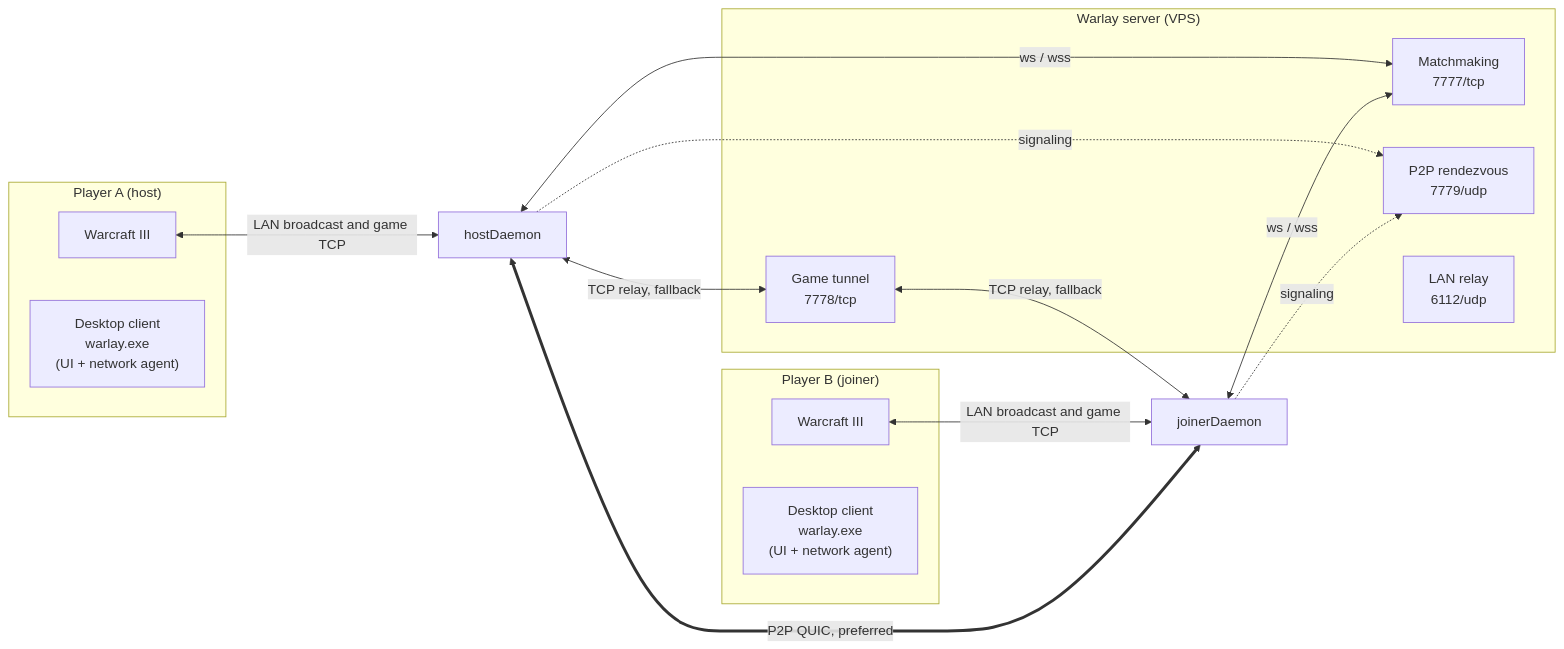
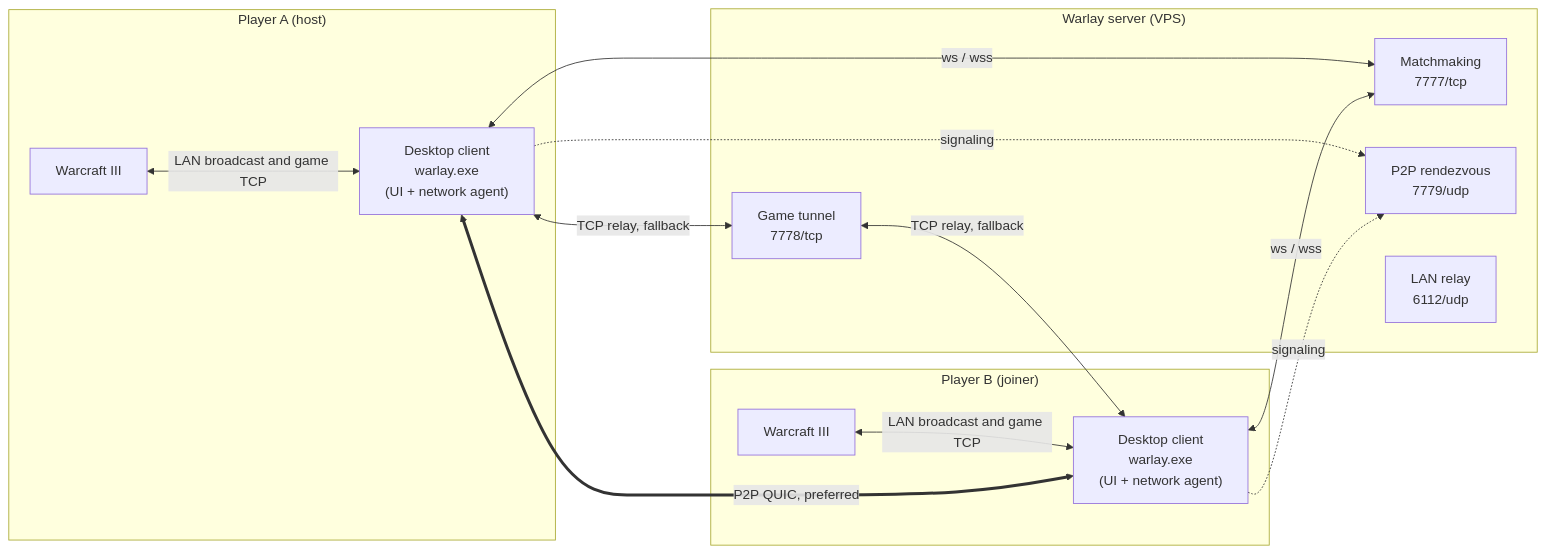
One commit to jhonsferg/warlay changed the first of 4 diagrams in README.md. Above: the diagram before and after it, drawn with Mermaid. The commit also changed other lines of this file, not shown here.

Commit message:
docs: corrige el diagrama de arquitectura y los comandos de test

````diff
--- a/README.md
+++ b/README.md
@@ -70,31 +70,31 @@
 ```mermaid
 flowchart LR
     subgraph host["Player A (host)"]
         hostGame["Warcraft III"]
         hostClient["Desktop client<br/>warlay.exe<br/>(UI + network agent)"]
     end
 
     subgraph hub["Warlay server (VPS)"]
         matchmaking["Matchmaking<br/>7777/tcp"]
         tunnel["Game tunnel<br/>7778/tcp"]
         rendezvous["P2P rendezvous<br/>7779/udp"]
         lanRelay["LAN relay<br/>6112/udp"]
     end
 
     subgraph joiner["Player B (joiner)"]
         joinerGame["Warcraft III"]
         joinerClient["Desktop client<br/>warlay.exe<br/>(UI + network agent)"]
     end
 
-    hostGame <-->|LAN broadcast and game TCP| hostDaemon
-    joinerGame <-->|LAN broadcast and game TCP| joinerDaemon
+    hostGame <-->|LAN broadcast and game TCP| hostClient
+    joinerGame <-->|LAN broadcast and game TCP| joinerClient
 
-    hostDaemon <-->|ws / wss| matchmaking
-    joinerDaemon <-->|ws / wss| matchmaking
-    hostDaemon -.->|signaling| rendezvous
-    joinerDaemon -.->|signaling| rendezvous
+    hostClient <-->|ws / wss| matchmaking
+    joinerClient <-->|ws / wss| matchmaking
+    hostClient -.->|signaling| rendezvous
+    joinerClient -.->|signaling| rendezvous
 
-    hostDaemon <==>|P2P QUIC, preferred| joinerDaemon
-    hostDaemon <-->|TCP relay, fallback| tunnel
-    tunnel <-->|TCP relay, fallback| joinerDaemon
+    hostClient <==>|P2P QUIC, preferred| joinerClient
+    hostClient <-->|TCP relay, fallback| tunnel
+    tunnel <-->|TCP relay, fallback| joinerClient
 ```
````
